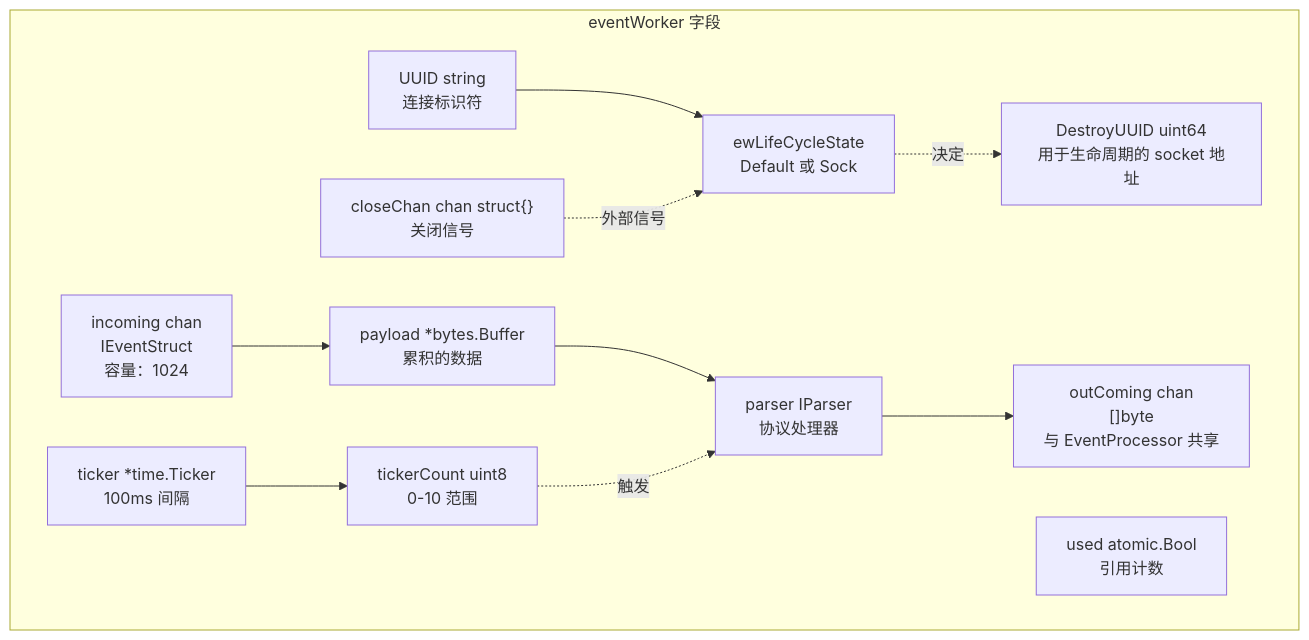
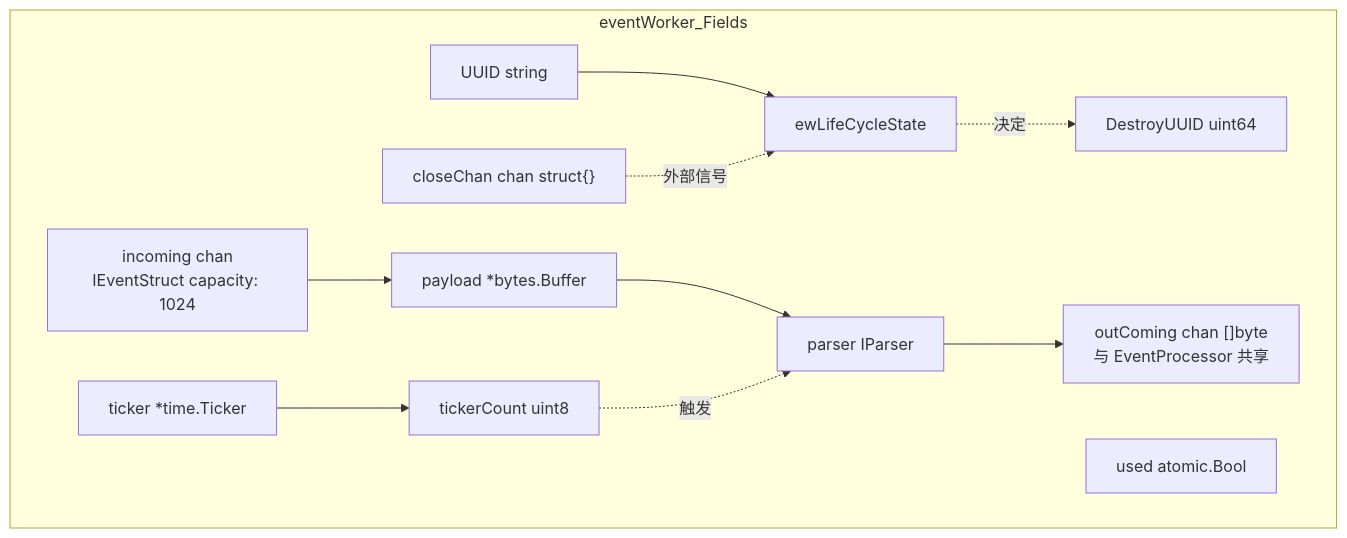
One commit to gojue/ecapture.cc changed the fourth of 11 diagrams in src/zh/2-architecture/2.2-event-processing-pipeline.md. Above: the diagram before and after it, drawn with Mermaid. The commit also changed other lines of this file and 70 other files, not shown here.

Commit message:
feat: update sidebar and navigation links for architecture and shell command auditing sections

````diff
--- a/src/zh/2-architecture/2.2-event-processing-pipeline.md
+++ b/src/zh/2-architecture/2.2-event-processing-pipeline.md
@@ -318,32 +318,32 @@
 ```mermaid
 graph TB
-    subgraph "eventWorker 字段"
-        UUID["UUID string<br/>连接标识符"]
-        DestroyUUID["DestroyUUID uint64<br/>用于生命周期的 socket 地址"]
-        State["ewLifeCycleState<br/>Default 或 Sock"]
+    subgraph "eventWorker_Fields"
+        UUID["UUID string"]
+        DestroyUUID["DestroyUUID uint64"]
+        State["ewLifeCycleState"]
         
-        Incoming["incoming chan<br/>IEventStruct<br/>容量：1024"]
-        OutComing["outComing chan<br/>[]byte<br/>与 EventProcessor 共享"]
+        Incoming["incoming chan<br/>IEventStruct capacity: 1024"]
+        OutComing["outComing chan []byte<br/>与 EventProcessor 共享"]
         
-        Payload["payload *bytes.Buffer<br/>累积的数据"]
-        Parser["parser IParser<br/>协议处理器"]
+        Payload["payload *bytes.Buffer"]
+        Parser["parser IParser"]
         
-        Ticker["ticker *time.Ticker<br/>100ms 间隔"]
-        TickerCount["tickerCount uint8<br/>0-10 范围"]
+        Ticker["ticker *time.Ticker"]
+        TickerCount["tickerCount uint8"]
         
-        CloseChan["closeChan chan struct{}<br/>关闭信号"]
-        Used["used atomic.Bool<br/>引用计数"]
+        CloseChan["closeChan chan struct{}"]
+        Used["used atomic.Bool"]
     end
     
     UUID --> State
     State -.决定.-> DestroyUUID
     
     Incoming --> Payload
     Payload --> Parser
     Parser --> OutComing
     
     Ticker --> TickerCount
     TickerCount -.触发.-> Parser
     
     CloseChan -.外部信号.-> State
 ```
````
